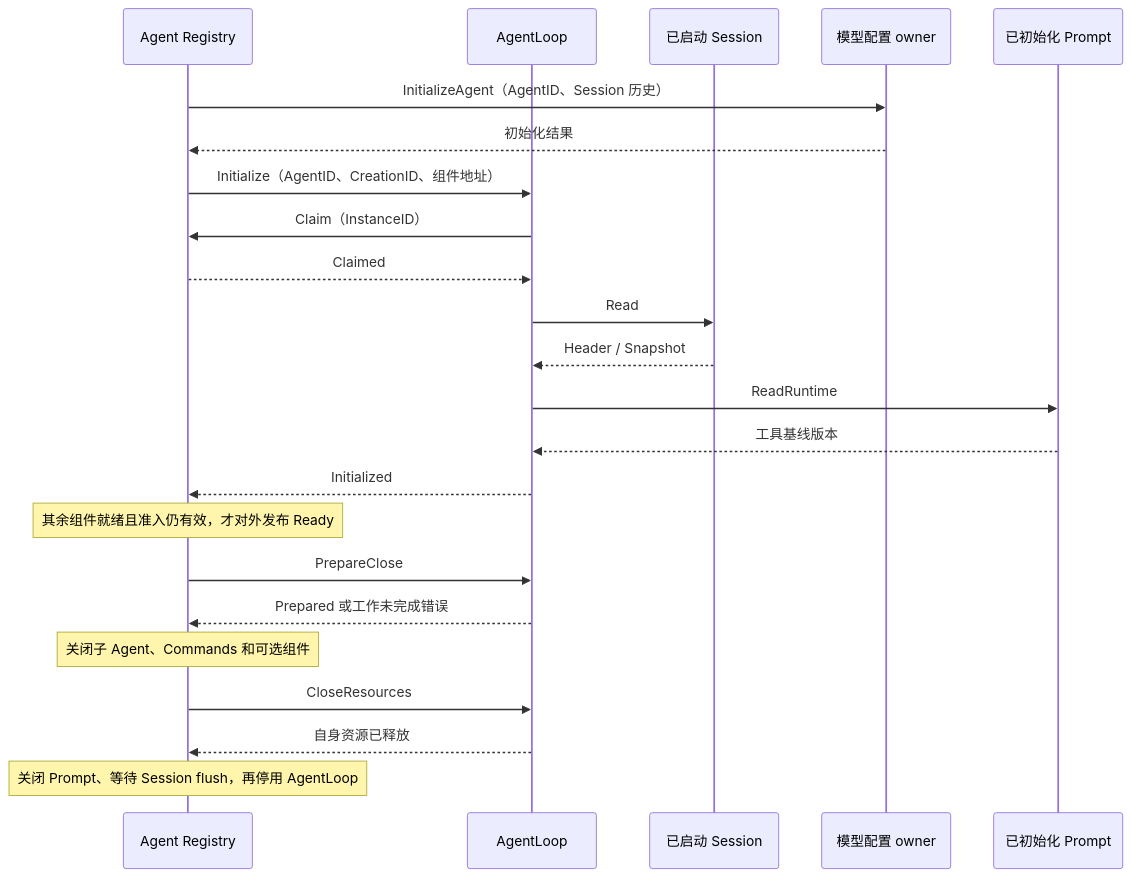
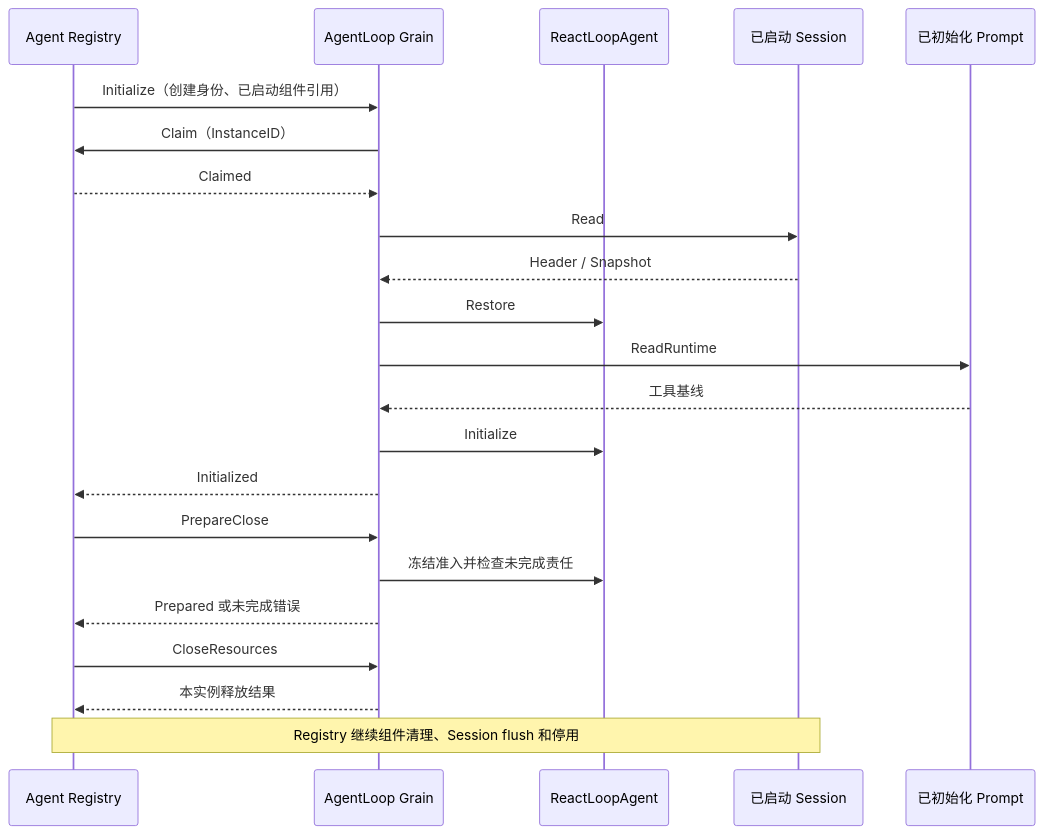
The first of 2 diagrams in agentloop/actor/README.zh-CN.md (gorenx/goren), drawn with Mermaid before and after one commit. The commit also changed other lines of this file and 7 other files, not shown here.

````diff
--- a/agentloop/actor/README.zh-CN.md
+++ b/agentloop/actor/README.zh-CN.md
@@ -13,25 +25,24 @@
 ```mermaid
 sequenceDiagram
  participant R as Agent Registry
- participant A as AgentLoop
+ participant G as AgentLoop Grain
+ participant B as ReactLoopAgent
  participant S as 已启动 Session
- participant M as 模型配置 owner
  participant P as 已初始化 Prompt
- R->>M: InitializeAgent（AgentID、Session 历史）
- M-->>R: 初始化结果
- R->>A: Initialize（AgentID、CreationID、组件地址）
- A->>R: Claim（InstanceID）
- R-->>A: Claimed
- A->>S: Read
- S-->>A: Header / Snapshot
- A->>P: ReadRuntime
- P-->>A: 工具基线版本
- A-->>R: Initialized
- Note over R: 其余组件就绪且准入仍有效，才对外发布 Ready
- R->>A: PrepareClose
- A-->>R: Prepared 或工作未完成错误
- Note over R: 关闭子 Agent、Commands 和可选组件
- R->>A: CloseResources
- A-->>R: 自身资源已释放
- Note over R: 关闭 Prompt、等待 Session flush，再停用 AgentLoop
+ R->>G: Initialize（创建身份、已启动组件引用）
+ G->>R: Claim（InstanceID）
+ R-->>G: Claimed
+ G->>S: Read
+ S-->>G: Header / Snapshot
+ G->>B: Restore
+ G->>P: ReadRuntime
+ P-->>G: 工具基线
+ G->>B: Initialize
+ G-->>R: Initialized
+ R->>G: PrepareClose
+ G->>B: 冻结准入并检查未完成责任
+ G-->>R: Prepared 或未完成错误
+ R->>G: CloseResources
+ G-->>R: 本实例释放结果
+ Note over R,S: Registry 继续组件清理、Session flush 和停用
 ```
````
